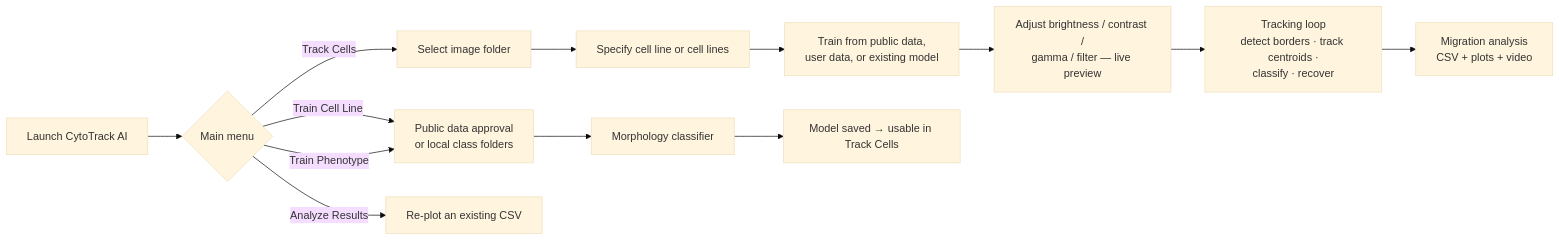
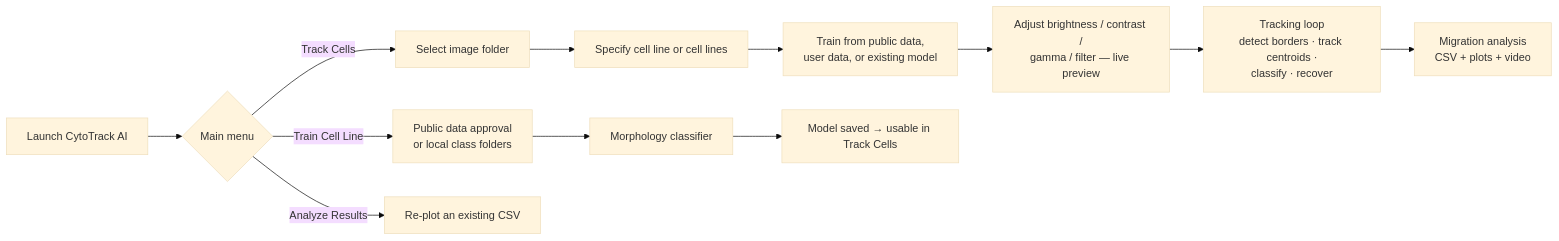
The second of 2 diagrams in README.md (SciSpectator/CytoTrack-AI), drawn with Mermaid (base theme) before and after one commit. The commit also changed other lines of this file and 5 other files, not shown here.

Commit message:
Remove separate train phenotype menu

````diff
--- a/README.md
+++ b/README.md
@@ -195,17 +193,16 @@
 ```mermaid
 flowchart LR
     A[Launch CytoTrack AI] --> B{Main menu}
     B -->|Track Cells| C[Select image folder]
     C --> D[Specify cell line or cell lines]
     D --> E[Train from public data,<br/>user data, or existing model]
     E --> P[Adjust brightness / contrast /<br/>gamma / filter — live preview]
     P --> F[Tracking loop<br/>detect borders · track centroids ·<br/>classify · recover]
     F --> G[Migration analysis<br/>CSV + plots + video]
 
     B -->|Train Cell Line| H[Public data approval<br/>or local class folders]
-    B -->|Train Phenotype| H
     H --> I[Morphology classifier]
     I --> J[Model saved → usable in Track Cells]
 
     B -->|Analyze Results| O[Re-plot an existing CSV]
 ```
````
